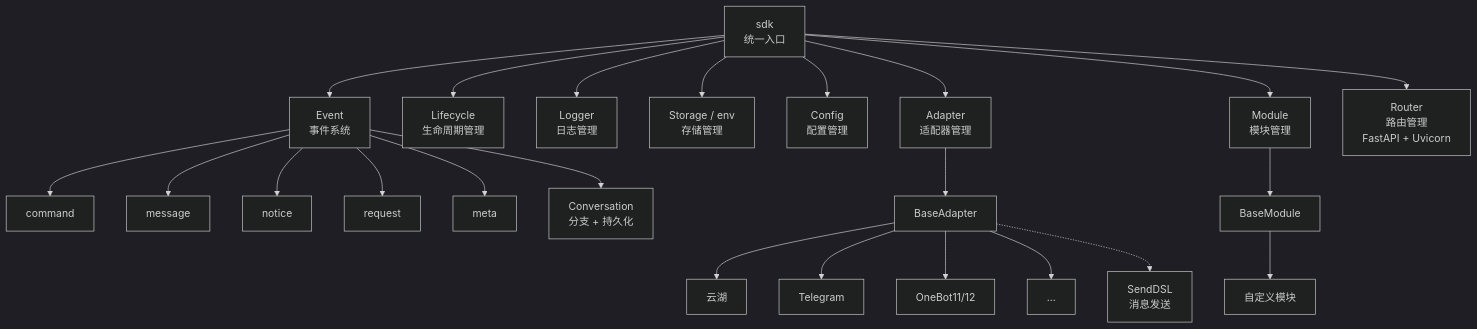
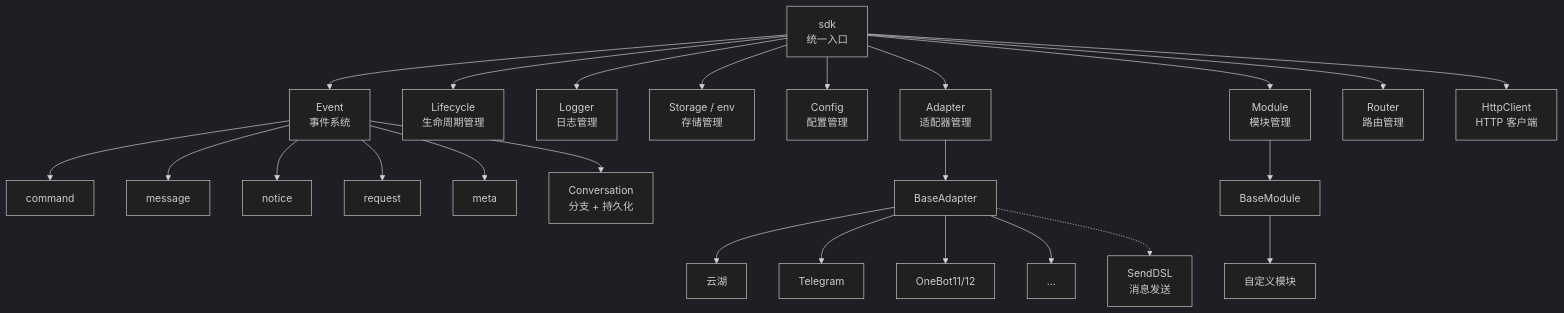
The first of 5 diagrams in docs/zh-CN/architecture.md (ErisPulse/ErisPulse), drawn with Mermaid (dark theme) before and after one commit. The commit also changed other lines of this file and 22 other files, not shown here.

````diff
--- a/docs/zh-CN/architecture.md
+++ b/docs/zh-CN/architecture.md
@@ -9,30 +9,31 @@
 ```mermaid
 graph TB
     SDK["sdk<br/>统一入口"]
 
     SDK --> Event["Event<br/>事件系统"]
     SDK --> Lifecycle["Lifecycle<br/>生命周期管理"]
     SDK --> Logger["Logger<br/>日志管理"]
     SDK --> Storage["Storage / env<br/>存储管理"]
     SDK --> Config["Config<br/>配置管理"]
     SDK --> AdapterMgr["Adapter<br/>适配器管理"]
     SDK --> ModuleMgr["Module<br/>模块管理"]
-    SDK --> Router["Router<br/>路由管理<br/>FastAPI + Uvicorn"]
+    SDK --> Router["Router<br/>路由管理"]
+    SDK --> Client["HttpClient<br/>HTTP 客户端"]
     Event --> Command["command"]
     Event --> Message["message"]
     Event --> Notice["notice"]
     Event --> Request["request"]
     Event --> Meta["meta"]
     Event --> Conversation["Conversation<br/>分支 + 持久化"]
 
     AdapterMgr --> BaseAdapter["BaseAdapter"]
     BaseAdapter --> P1["云湖"]
     BaseAdapter --> P2["Telegram"]
     BaseAdapter --> P3["OneBot11/12"]
     BaseAdapter --> PN["..."]
 
     ModuleMgr --> BaseModule["BaseModule"]
     BaseModule --> CM["自定义模块"]
 
     BaseAdapter -.-> SendDSL["SendDSL<br/>消息发送"]
 ```
````
